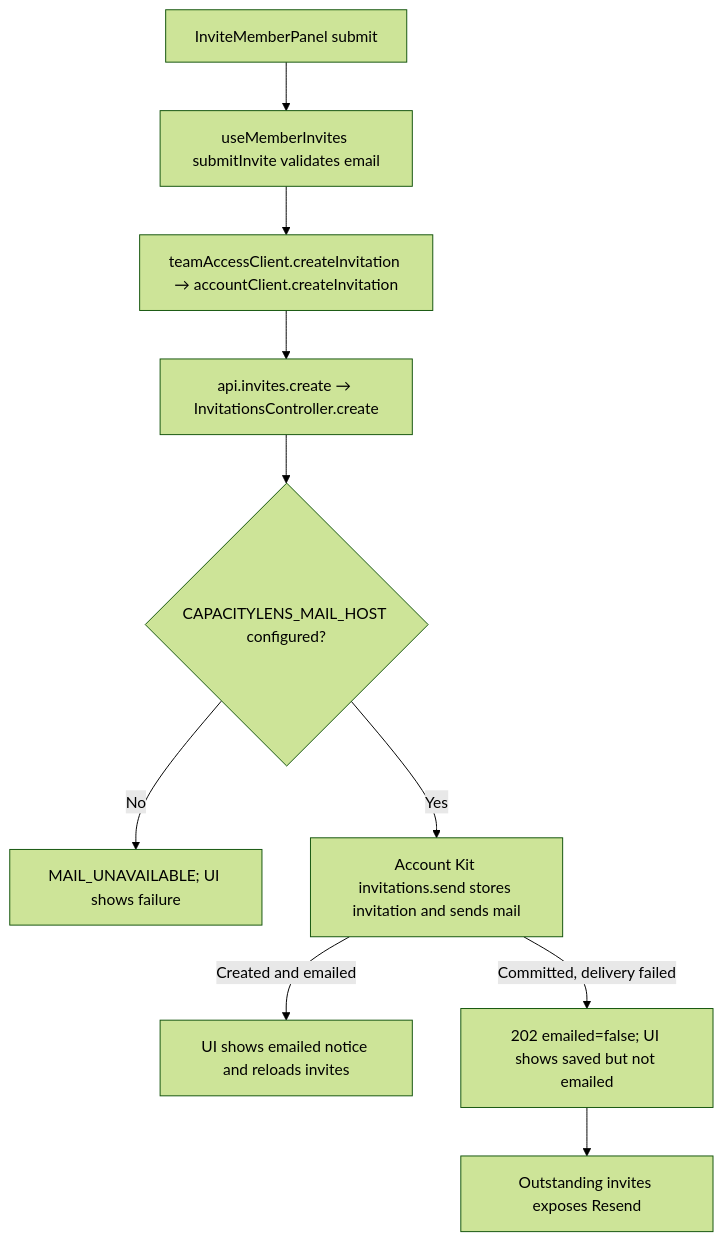
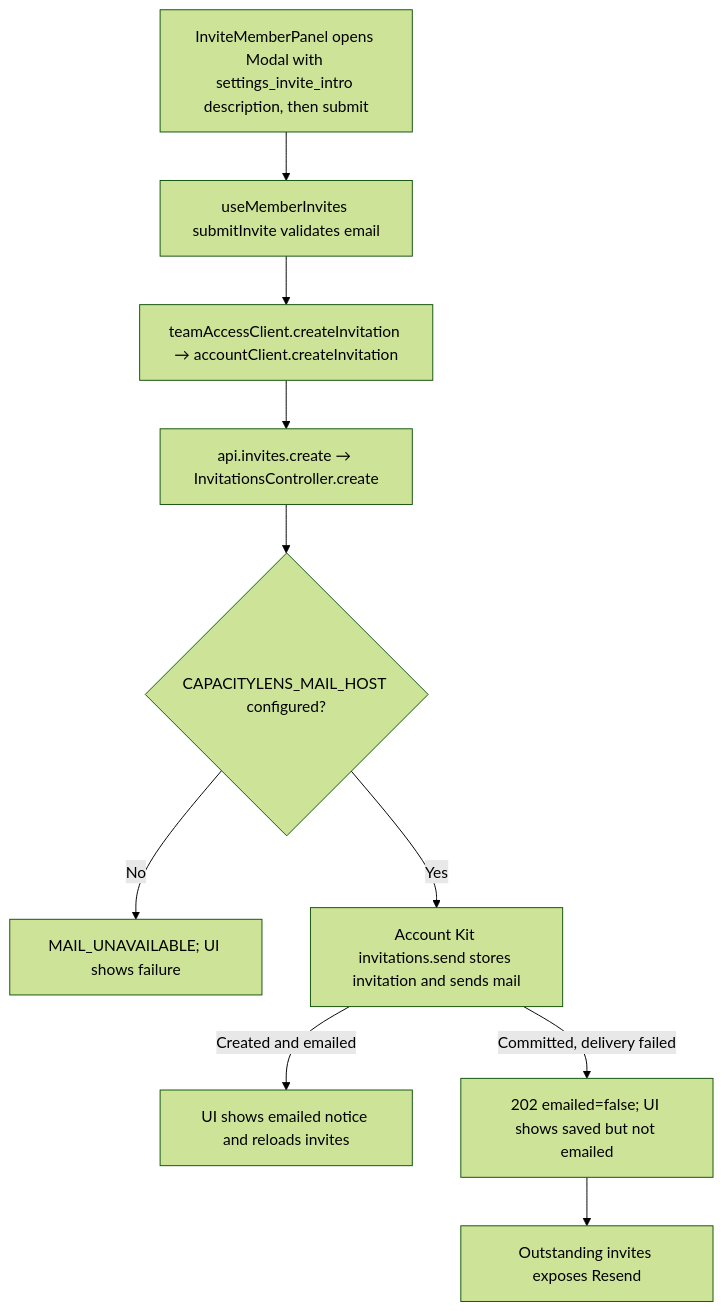
The second of 2 diagrams in user-stories/team/US-TEAM-02-invite-member.md (Kevinjohn/capacitylens), drawn with Mermaid (forest theme) before and after one commit. The commit also changed other lines of this file and 35 other files, not shown here.

````diff
--- a/user-stories/team/US-TEAM-02-invite-member.md
+++ b/user-stories/team/US-TEAM-02-invite-member.md
@@ -37,12 +38,12 @@
 ```mermaid
 flowchart TD
-    Panel["InviteMemberPanel submit"] --> Hook["useMemberInvites submitInvite validates email"]
+    Panel["InviteMemberPanel opens Modal with settings_invite_intro description, then submit"] --> Hook["useMemberInvites submitInvite validates email"]
     Hook --> Client["teamAccessClient.createInvitation → accountClient.createInvitation"]
     Client --> Route["api.invites.create → InvitationsController.create"]
     Route --> MailConfig{"CAPACITYLENS_MAIL_HOST configured?"}
     MailConfig -- "No" --> Refused["MAIL_UNAVAILABLE; UI shows failure"]
     MailConfig -- "Yes" --> Kit["Account Kit invitations.send stores invitation and sends mail"]
     Kit -->|"Created and emailed"| Saved["UI shows emailed notice and reloads invites"]
     Kit -->|"Committed, delivery failed"| Stored["202 emailed=false; UI shows saved but not emailed"]
     Stored --> Resend["Outstanding invites exposes Resend"]
 ```
````
